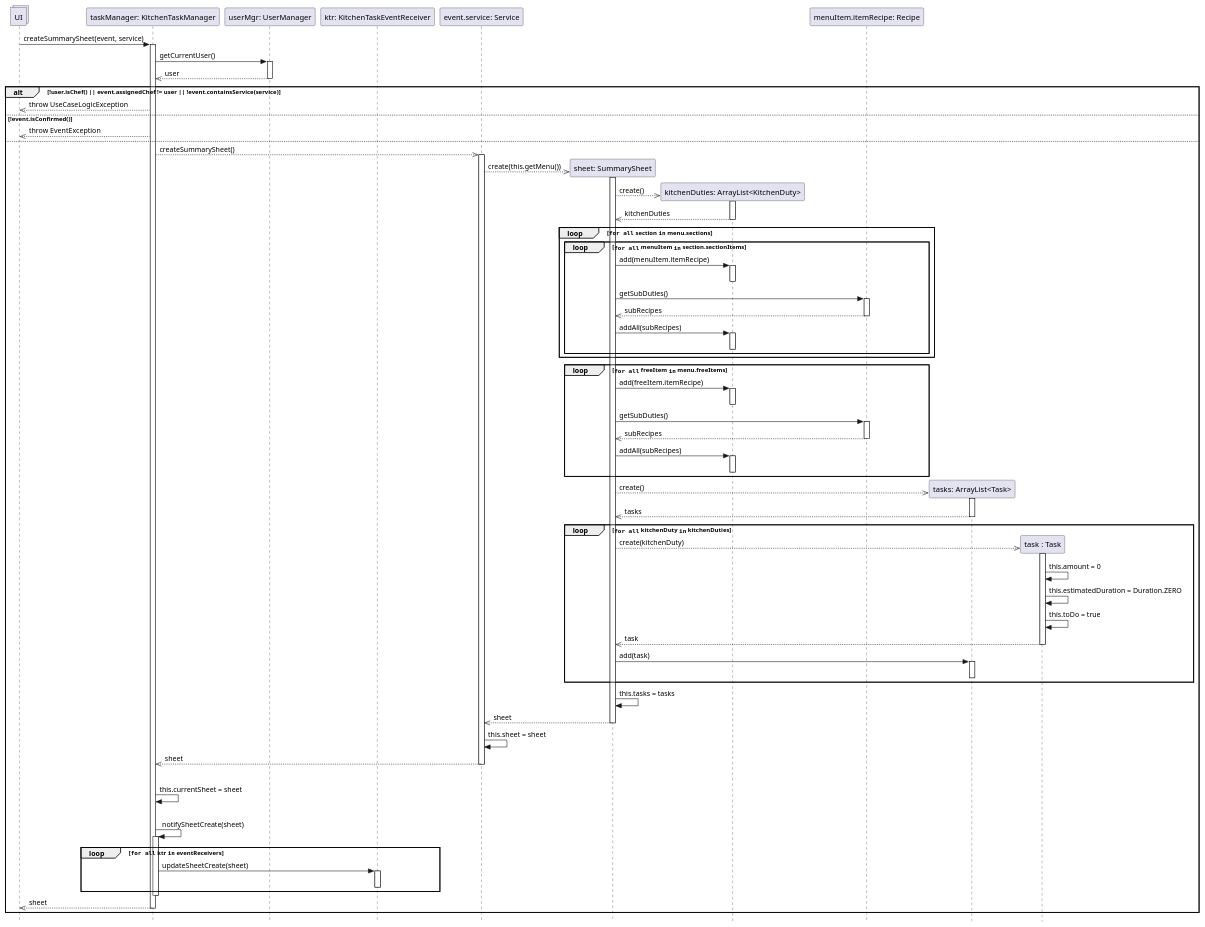
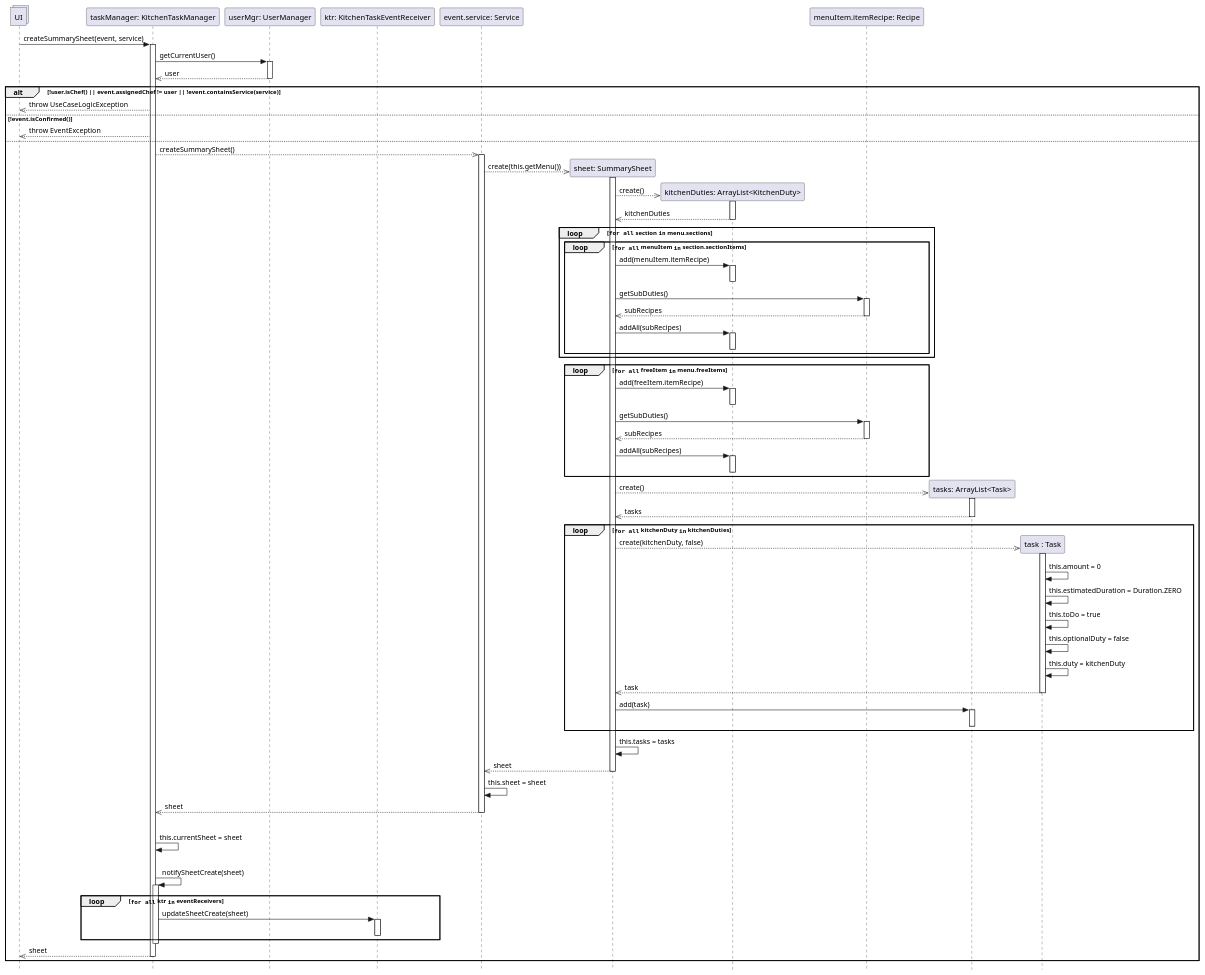
One commit to stefa168/sas-project changed the diagram in UP/Progettazione/UC Gestire Compiti Cucina/DSD/DSD Operazione 1.puml. Above: the diagram before and after it, drawn with PlantUML. The commit also changed 3 other files, not shown here.

```diff
--- a/UP/Progettazione/UC Gestire Compiti Cucina/DSD/DSD Operazione 1.puml
+++ b/UP/Progettazione/UC Gestire Compiti Cucina/DSD/DSD Operazione 1.puml
@@ -1,116 +1,118 @@
 @startuml Operazione 1
 skinparam Style strictuml
 
 collections UI
 
 participant "taskManager: KitchenTaskManager" as tm
 UI -> tm: createSummarySheet(event, service)
 activate tm
 
 participant "userMgr: UserManager" as um
 participant "ktr: KitchenTaskEventReceiver" as ktr
 participant "event.service: Service" as service
 tm -> um: getCurrentUser()
 activate um
 tm <<-- um: user
 deactivate um
 
 alt !user.isChef() || event.assignedChef != user || !event.containsService(service)
     UI <<-- tm: throw UseCaseLogicException
 else !event.isConfirmed()
     UI <<-- tm: throw EventException
 else
     participant "sheet: SummarySheet" as ss
     tm -->> service: createSummarySheet()
     activate service
 
         service -->>ss**: create(this.getMenu())
         activate ss
 
             participant "kitchenDuties: ArrayList<KitchenDuty>" as kdList
             ss -->> kdList**: create()
             activate kdList
                 return kitchenDuties
             deactivate kdList
     
             loop ""for all"" section ""in"" menu.sections
                 loop ""for all"" menuItem ""in"" section.sectionItems
                     ss -> kdList: add(menuItem.itemRecipe)
                     activate kdList
                     deactivate kdList
             
                     participant "menuItem.itemRecipe: Recipe" as recipe
                     ss -> recipe: getSubDuties()
                     activate recipe
                         ss <<-- recipe: subRecipes
                     deactivate recipe
 
                     ss -> kdList: addAll(subRecipes)
                     activate kdList
                     deactivate kdList
 
                 end
             end
 
             loop ""for all"" freeItem ""in"" menu.freeItems
                 ss -> kdList: add(freeItem.itemRecipe)
                 activate kdList
                 deactivate kdList
 
                 participant "freeItem.itemRecipe: Recipe" as recipe
                 ss -> recipe: getSubDuties()
                 activate recipe
                     ss <<-- recipe: subRecipes
                 deactivate recipe
 
                 ss -> kdList: addAll(subRecipes)
                 activate kdList
                 deactivate kdList
             end
 
             participant "tasks: ArrayList<Task>" as tasks
             ss -->> tasks**: create()
             activate tasks
                 ss <<-- tasks: tasks
             deactivate tasks
 
             loop ""for all"" kitchenDuty ""in"" kitchenDuties
                 participant "task : Task" as t
-                ss -->> t **: create(kitchenDuty)
+                ss -->> t **: create(kitchenDuty, false)
                 activate t
                     t -> t: this.amount = 0
                     t -> t: this.estimatedDuration = Duration.ZERO
                     t -> t: this.toDo = true
+                    t -> t: this.optionalDuty = false
+                    t -> t: this.duty = kitchenDuty
                 return task
                 deactivate t
                 ss ->tasks: add(task)
                 activate tasks
                 deactivate tasks
             end
 
             ss -> ss: this.tasks = tasks
             service <<-- ss: sheet
         deactivate ss
         service->service:this.sheet = sheet
         tm <<-- service: sheet
     deactivate service
 
     |||
     tm -> tm: this.currentSheet = sheet
     |||
     tm -> tm: notifySheetCreate(sheet)
     activate tm
     loop ""for all"" ktr ""in"" eventReceivers
         tm -> ktr : updateSheetCreate(sheet)
         activate ktr
         deactivate ktr
     end
     deactivate tm
 
 
     UI <<-- tm: sheet
     deactivate tm
     
 end
 
 @enduml
```
